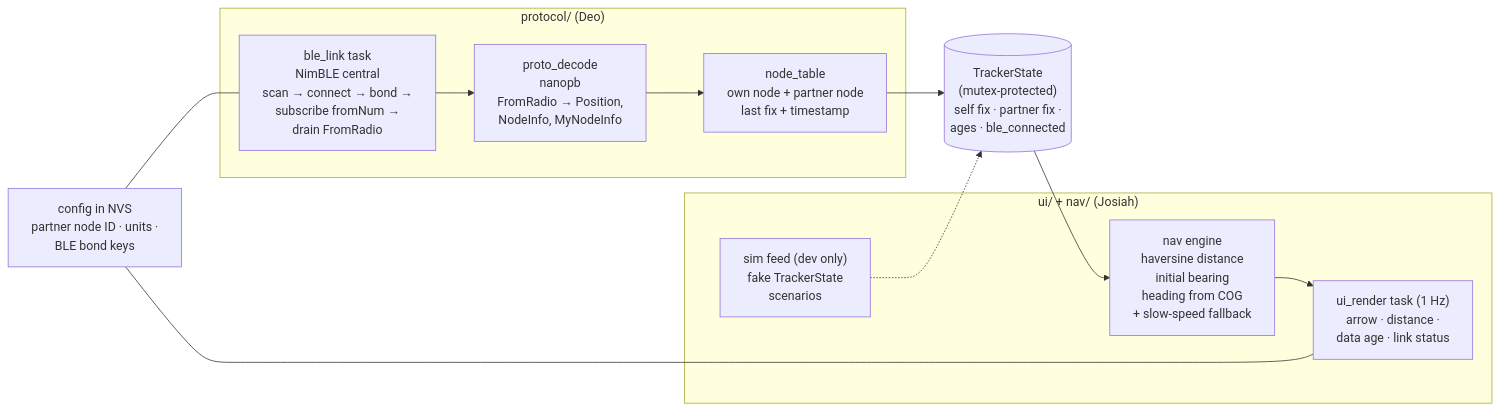
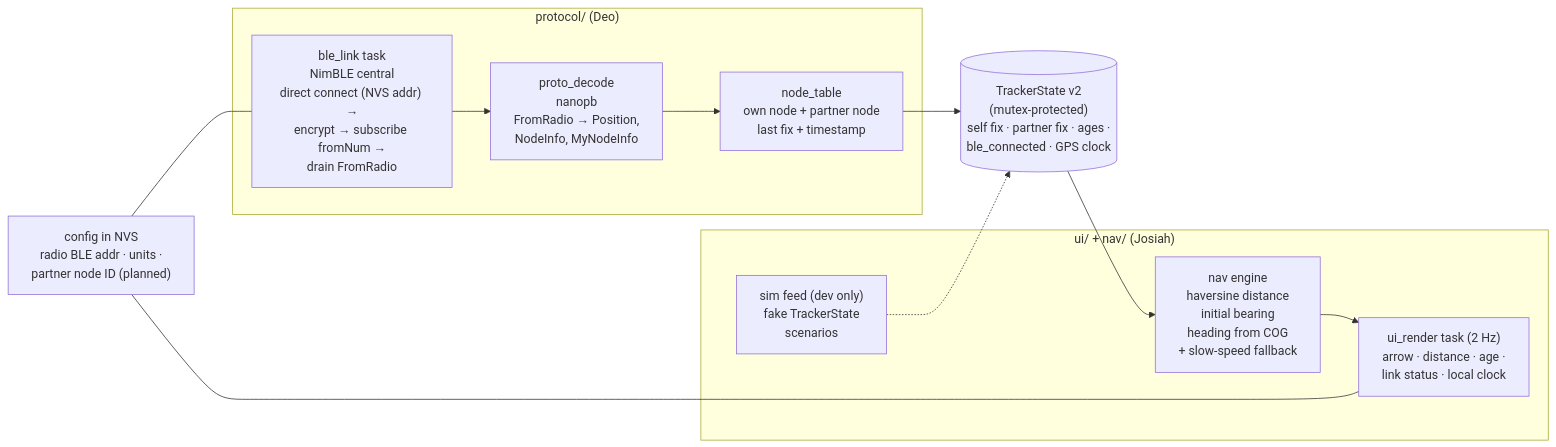
One commit to deosgracius/offgrid-vehicle-tracker changed the fifth of 7 diagrams in docs/ARCHITECTURE.md. Above: the diagram before and after it, drawn with Mermaid. The commit also changed other lines of this file, not shown here.

First line of the commit message:
Sync ARCHITECTURE.md diagrams with shipped firmware

````diff
--- a/docs/ARCHITECTURE.md
+++ b/docs/ARCHITECTURE.md
@@ -74,20 +74,20 @@
 ```mermaid
 flowchart LR
     subgraph DEO["protocol/  (Deo)"]
-        BLE["ble_link task<br/>NimBLE central<br/>scan → connect → bond →<br/>subscribe fromNum →<br/>drain FromRadio"]
+        BLE["ble_link task<br/>NimBLE central<br/>direct connect (NVS addr) →<br/>encrypt → subscribe fromNum →<br/>drain FromRadio"]
         DEC["proto_decode<br/>nanopb<br/>FromRadio → Position,<br/>NodeInfo, MyNodeInfo"]
         NODES["node_table<br/>own node + partner node<br/>last fix + timestamp"]
         BLE --> DEC --> NODES
     end
-    TS[("TrackerState<br/>(mutex-protected)<br/>self fix · partner fix ·<br/>ages · ble_connected")]
+    TS[("TrackerState v2<br/>(mutex-protected)<br/>self fix · partner fix · ages ·<br/>ble_connected · GPS clock")]
     subgraph JOS["ui/ + nav/  (Josiah)"]
         NAV["nav engine<br/>haversine distance<br/>initial bearing<br/>heading from COG<br/>+ slow-speed fallback"]
-        UI["ui_render task (1 Hz)<br/>arrow · distance ·<br/>data age · link status"]
+        UI["ui_render task (2 Hz)<br/>arrow · distance · age ·<br/>link status · local clock"]
         SIM["sim feed (dev only)<br/>fake TrackerState<br/>scenarios"]
         NAV --> UI
     end
     NODES --> TS --> NAV
     SIM -.-> TS
-    NVS["config in NVS<br/>partner node ID · units ·<br/>BLE bond keys"] --- BLE
+    NVS["config in NVS<br/>radio BLE addr · units ·<br/>partner node ID (planned)"] --- BLE
     NVS --- UI
 ```
````
